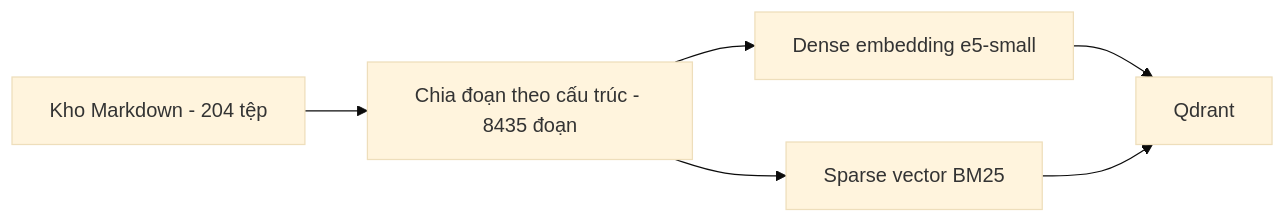
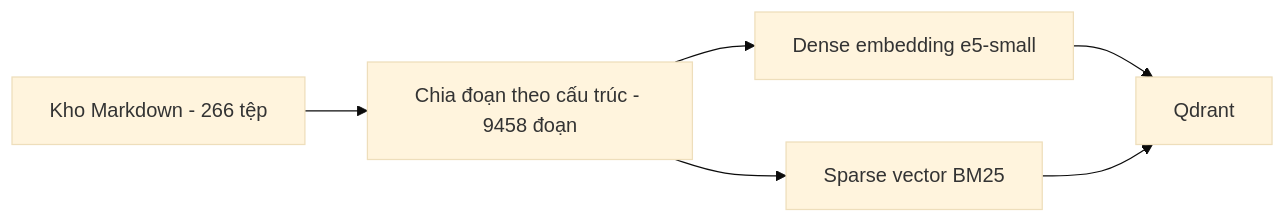
One commit to Sunny-sunnyy/chatbot-hue changed the first of 2 diagrams in README.md. Above: the diagram before and after it, drawn with Mermaid (base theme). The commit also changed other lines of this file, not shown here.

````diff
--- a/README.md
+++ b/README.md
@@ -40,8 +61,8 @@
 ```mermaid
 flowchart LR
-    A[Kho Markdown - 204 tệp] --> B[Chia đoạn theo cấu trúc - 8435 đoạn]
+    A[Kho Markdown - 266 tệp] --> B[Chia đoạn theo cấu trúc - 9458 đoạn]
     B --> C[Dense embedding e5-small]
     B --> D[Sparse vector BM25]
     C --> E[Qdrant]
     D --> E
 ```
````
